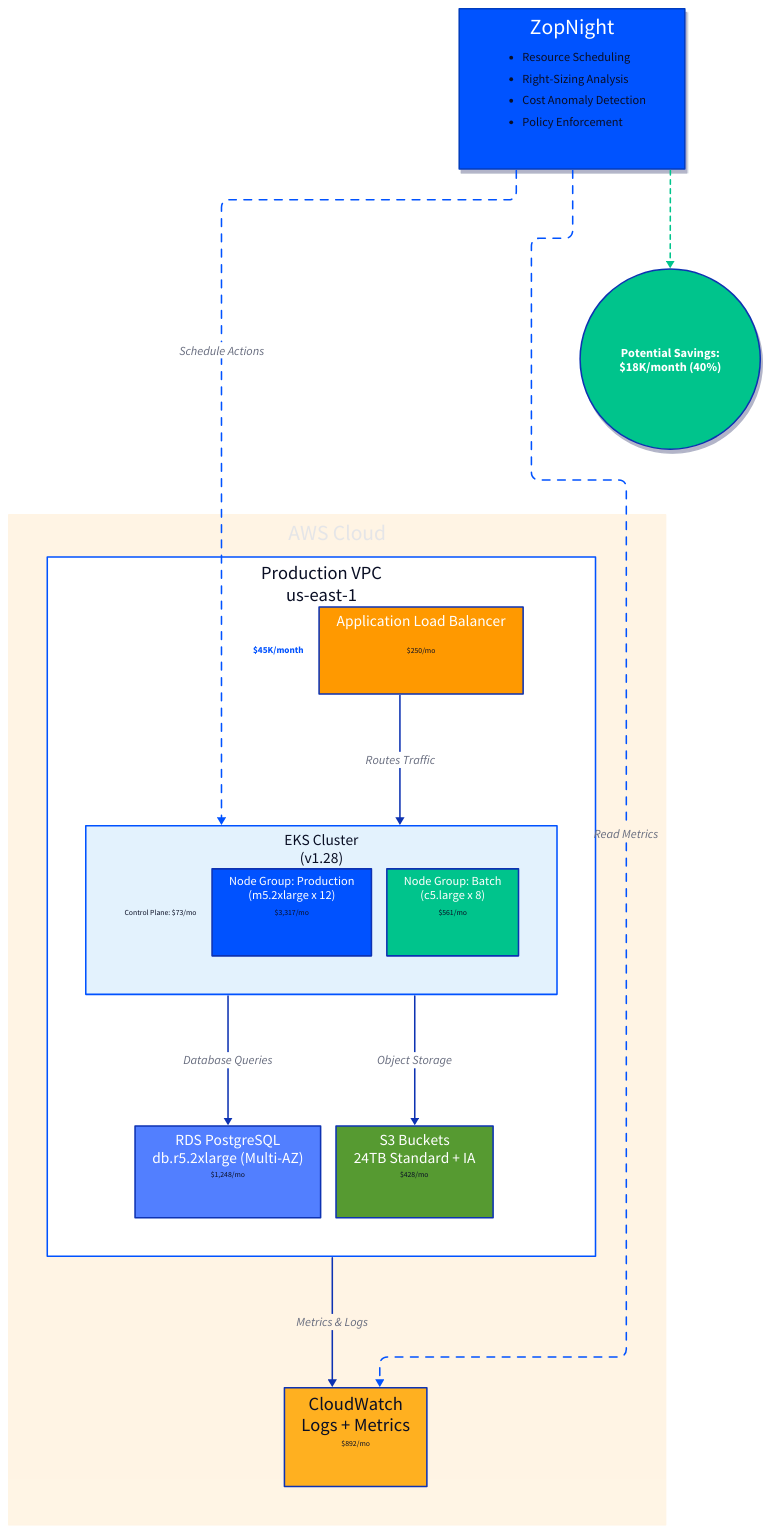
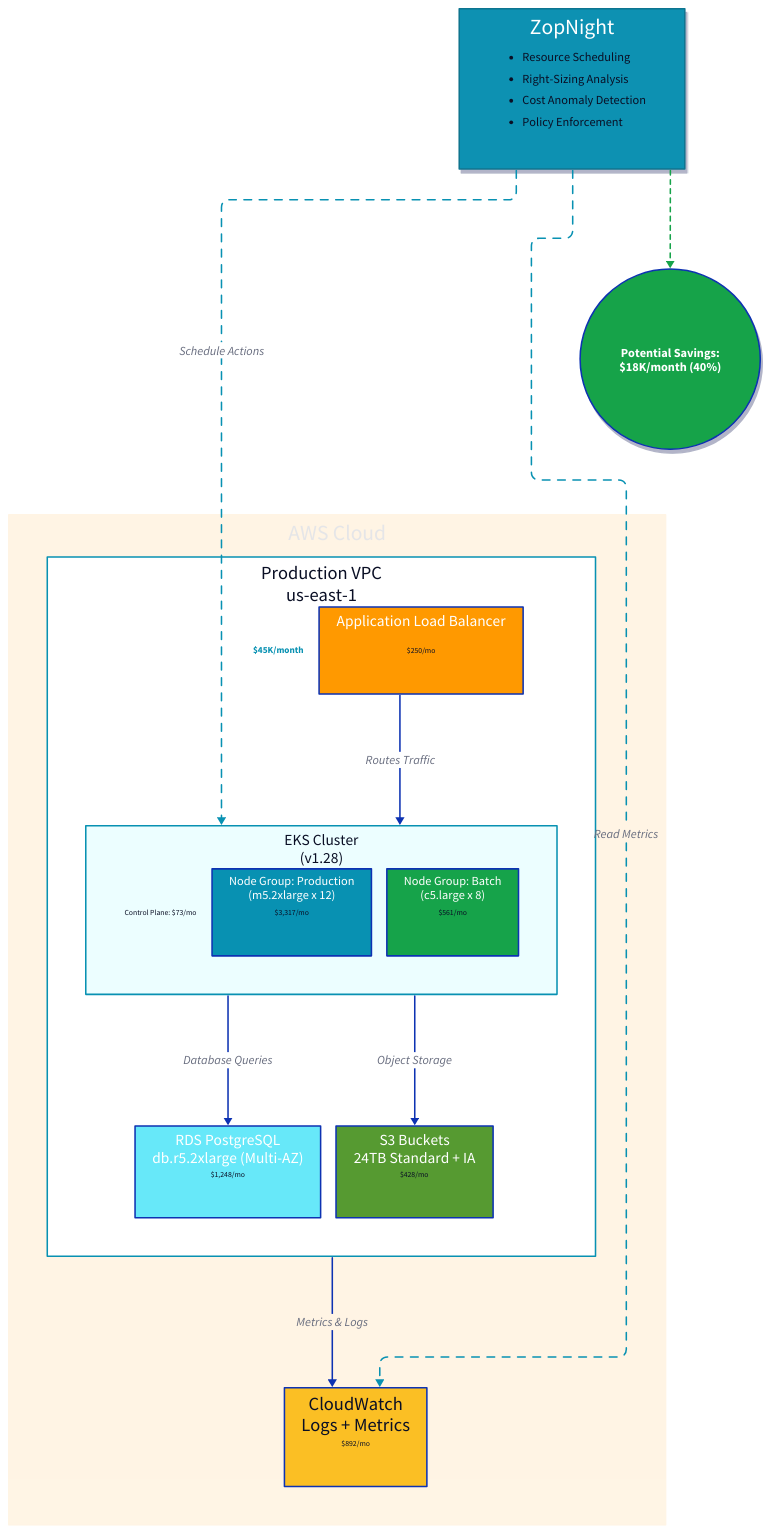
One commit to muskanbandta23/zopebooks changed the diagram in books/platform-engineering/diagrams/cloud-architecture.d2. Above: the diagram before and after it, drawn with D2. The commit also changed 53 other files, not shown here.

```diff
--- a/books/platform-engineering/diagrams/cloud-architecture.d2
+++ b/books/platform-engineering/diagrams/cloud-architecture.d2
@@ -1,145 +1,145 @@
 # Cloud Architecture with Cost Annotations
 # Purpose: Show infrastructure layout with cost breakdowns
-# Brand: Zopdev (#0052FF primary, #00C48C success, #FFB020 warning, #FF6B6B danger)
+# Brand: Zopdev (#0891b2 primary, #16a34a success, #fbbf24 warning, #ef4444 danger)
 
 direction: down
 
 vars: {
   d2-config: {
     layout-engine: elk
     pad: 20
   }
 }
 
 aws_cloud: AWS Cloud {
   style.fill: "#FF9900"
   style.opacity: 0.1
   style.stroke: "#FF9900"
 
   vpc: Production VPC\nus-east-1 {
     style.fill: "#ffffff"
-    style.stroke: "#0052FF"
+    style.stroke: "#0891b2"
     style.stroke-width: 2
 
     cost_annotation: \$45K/month {
       shape: text
       style.font-size: 12
-      style.font-color: "#0052FF"
+      style.font-color: "#0891b2"
       style.bold: true
     }
 
     alb: Application Load Balancer {
       style.fill: "#FF9900"
       style.font-color: "#ffffff"
 
       cost: \$250/mo {
         shape: text
         style.font-size: 10
       }
     }
 
     eks_cluster: EKS Cluster\n(v1.28) {
-      style.fill: "#e3f2fd"
-      style.stroke: "#0052FF"
+      style.fill: "#ecfeff"
+      style.stroke: "#0891b2"
 
       cluster_cost: Control Plane: \$73/mo {
         shape: text
         style.font-size: 10
       }
 
       node_group_1: Node Group: Production\n(m5.2xlarge x 12) {
-        style.fill: "#0052FF"
+        style.fill: "#0891b2"
         style.font-color: "#ffffff"
 
         node_cost: \$3,317/mo {
           shape: text
           style.font-size: 10
         }
       }
 
       node_group_2: Node Group: Batch\n(c5.large x 8) {
-        style.fill: "#00C48C"
+        style.fill: "#16a34a"
         style.font-color: "#ffffff"
 
         batch_cost: \$561/mo {
           shape: text
           style.font-size: 10
         }
       }
     }
 
     rds: RDS PostgreSQL\ndb.r5.2xlarge (Multi-AZ) {
-      style.fill: "#527FFF"
+      style.fill: "#67e8f9"
       style.font-color: "#ffffff"
 
       db_cost: \$1,248/mo {
         shape: text
         style.font-size: 10
       }
     }
 
     s3: S3 Buckets\n24TB Standard + IA {
       style.fill: "#569A31"
       style.font-color: "#ffffff"
 
       storage_cost: \$428/mo {
         shape: text
         style.font-size: 10
       }
     }
   }
 
   cloudwatch: CloudWatch\nLogs + Metrics {
-    style.fill: "#FFB020"
+    style.fill: "#fbbf24"
 
     monitoring_cost: \$892/mo {
       shape: text
       style.font-size: 10
     }
   }
 }
 
 zopnight: ZopNight {
   shape: rectangle
-  style.fill: "#0052FF"
-  style.stroke: "#003DBF"
+  style.fill: "#0891b2"
+  style.stroke: "#0e7490"
   style.font-color: "#ffffff"
   style.shadow: true
 
   capabilities: |md
     - Resource Scheduling
     - Right-Sizing Analysis
     - Cost Anomaly Detection
     - Policy Enforcement
   |
 }
 
 # Connections
 aws_cloud.vpc.alb -> aws_cloud.vpc.eks_cluster: Routes Traffic
 aws_cloud.vpc.eks_cluster -> aws_cloud.vpc.rds: Database Queries
 aws_cloud.vpc.eks_cluster -> aws_cloud.vpc.s3: Object Storage
 aws_cloud.vpc -> aws_cloud.cloudwatch: Metrics & Logs
 
 zopnight -> aws_cloud.vpc.eks_cluster: Schedule Actions {
-  style.stroke: "#0052FF"
+  style.stroke: "#0891b2"
   style.stroke-dash: 5
 }
 
 zopnight -> aws_cloud.cloudwatch: Read Metrics {
-  style.stroke: "#0052FF"
+  style.stroke: "#0891b2"
   style.stroke-dash: 5
 }
 
 # Savings annotation
 savings_badge: Potential Savings:\n\$18K/month (40%) {
   shape: circle
-  style.fill: "#00C48C"
+  style.fill: "#16a34a"
   style.font-color: "#ffffff"
   style.font-size: 16
   style.shadow: true
 }
 
 zopnight -> savings_badge {
-  style.stroke: "#00C48C"
+  style.stroke: "#16a34a"
   style.stroke-dash: 3
 }
```
